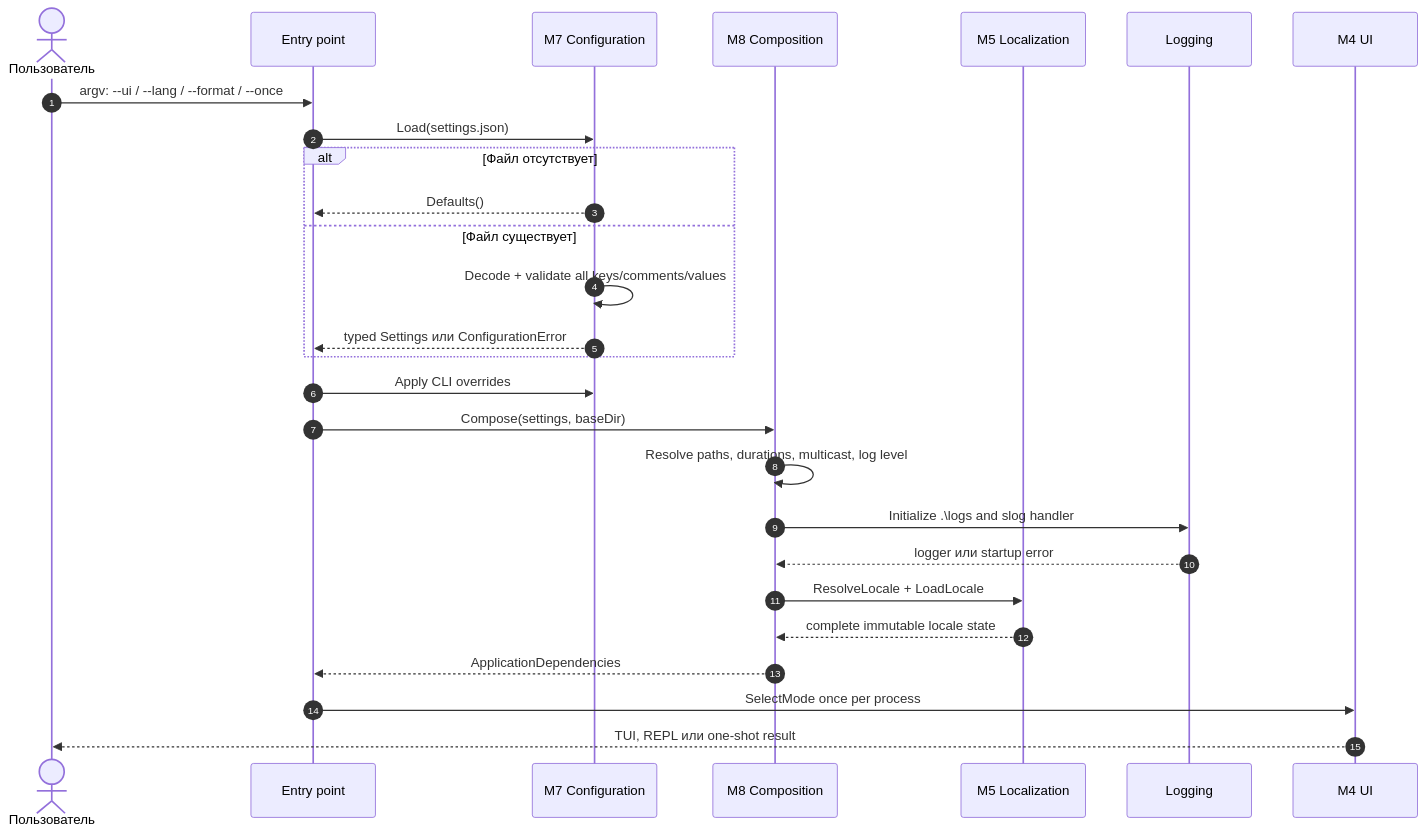
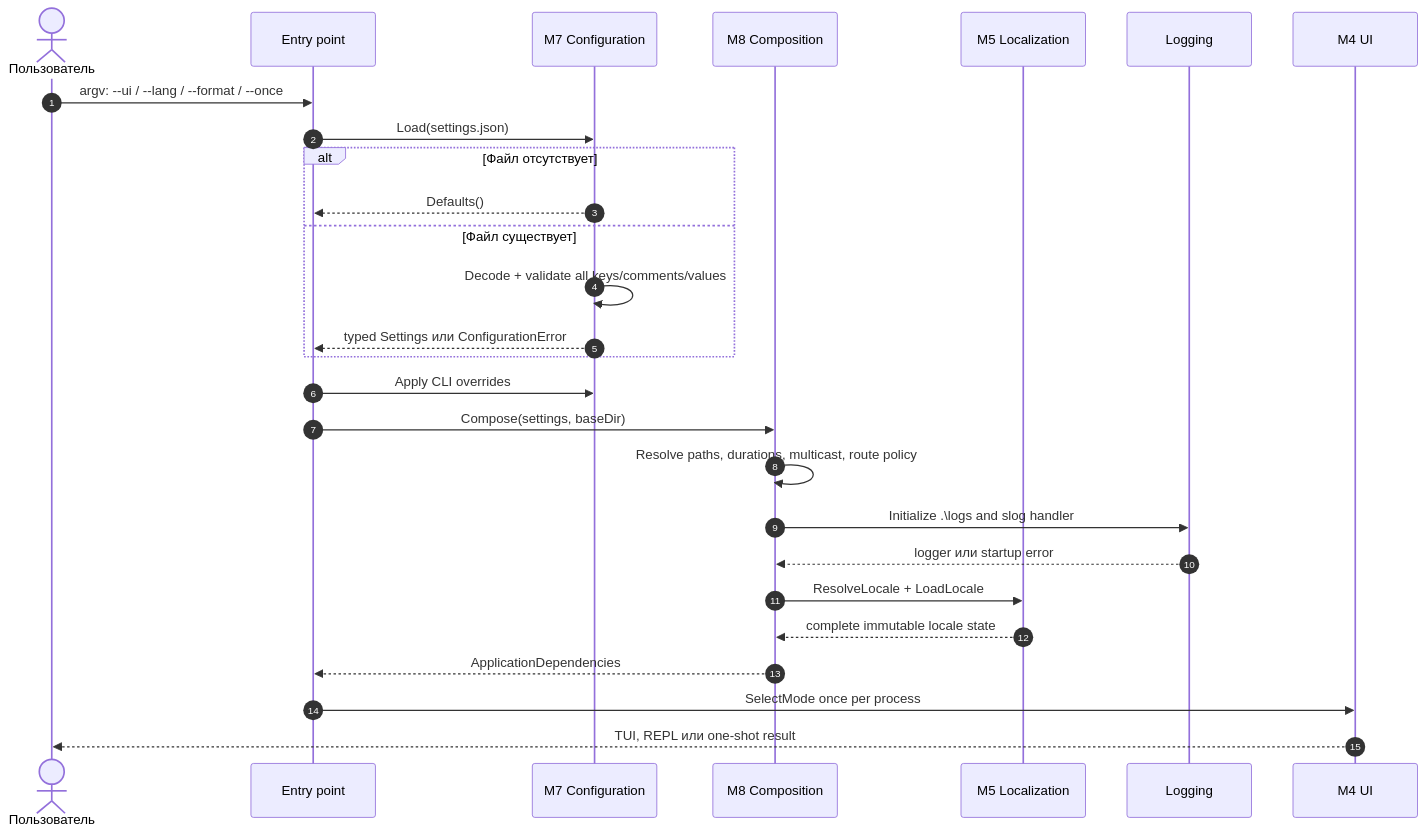
The second of 8 diagrams in docs/ru/WORKFLOW.md (CDSRaBot/sadp-handler.GO), drawn with Mermaid before and after one commit. The commit also changed other lines of this file, not shown here.

````diff
--- a/docs/ru/WORKFLOW.md
+++ b/docs/ru/WORKFLOW.md
@@ -74,30 +89,30 @@
 ```mermaid
 sequenceDiagram
     autonumber
     actor U as Пользователь
     participant E as Entry point
     participant C as M7 Configuration
     participant A as M8 Composition
     participant L as M5 Localization
     participant G as Logging
     participant UI as M4 UI
 
     U->>E: argv: --ui / --lang / --format / --once
     E->>C: Load(settings.json)
     alt Файл отсутствует
         C-->>E: Defaults()
     else Файл существует
         C->>C: Decode + validate all keys/comments/values
         C-->>E: typed Settings или ConfigurationError
     end
     E->>C: Apply CLI overrides
     E->>A: Compose(settings, baseDir)
-    A->>A: Resolve paths, durations, multicast, log level
+    A->>A: Resolve paths, durations, multicast, route policy
     A->>G: Initialize .\logs and slog handler
     G-->>A: logger или startup error
     A->>L: ResolveLocale + LoadLocale
     L-->>A: complete immutable locale state
     A-->>E: ApplicationDependencies
     E->>UI: SelectMode once per process
     UI-->>U: TUI, REPL или one-shot result
 ```
````
